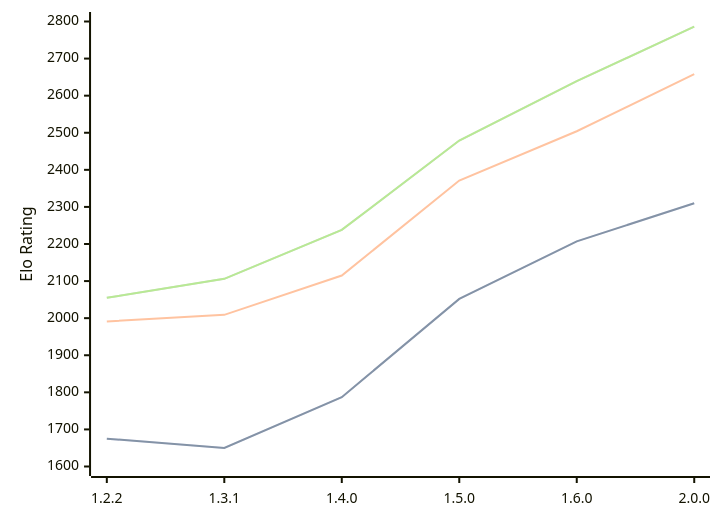
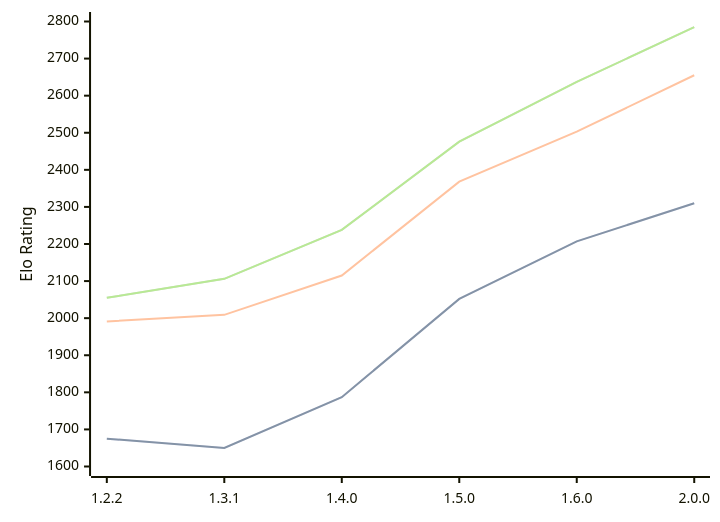
Before and after one commit to computer-chess-index/cci: the diagram in engines/SoloEngine.md, drawn with Mermaid. The commit also changed other lines of this file, not shown here.

Commit message:
Update CCI Ratings (ELO VLTC) - 2026-03-31

````diff
--- a/engines/SoloEngine.md
+++ b/engines/SoloEngine.md
@@ -36,11 +36,11 @@
 ```mermaid
 %%{init: {"theme":"base","themeVariables":{"seriesColors:['#a3a3a3','#222221','#faa371']}}}%%
 xychart-beta
   x-axis ["1.2.2", "1.3.1", "1.4.0", "1.5.0", "1.6.0", "2.0.0"]
   y-axis "Elo Rating" 1600 --> 2800
   line "STC (8.0+0.08s)" [1675, 1650, 1787, 2052, 2207, 2310]
   line "STC (8.0+0.08s)" [1675, 1650, 1787, 2052, 2207, 2310]
-  line "LTC (60.0+0.60s)" [1991, 2009, 2115, 2371, 2504, 2658]
-  line "VLTC (2m24s+1.12s)" [2055, 2106, 2238, 2479, 2639, 2786]
-  line "VLTC (2m24s+1.12s)" [2055, 2106, 2238, 2479, 2639, 2786]
+  line "LTC (60.0+0.60s)" [1991, 2009, 2115, 2368, 2503, 2655]
+  line "VLTC (2m24s+1.12s)" [2055, 2106, 2238, 2476, 2637, 2785]
+  line "VLTC (2m24s+1.12s)" [2055, 2106, 2238, 2476, 2637, 2785]
 ```
````
